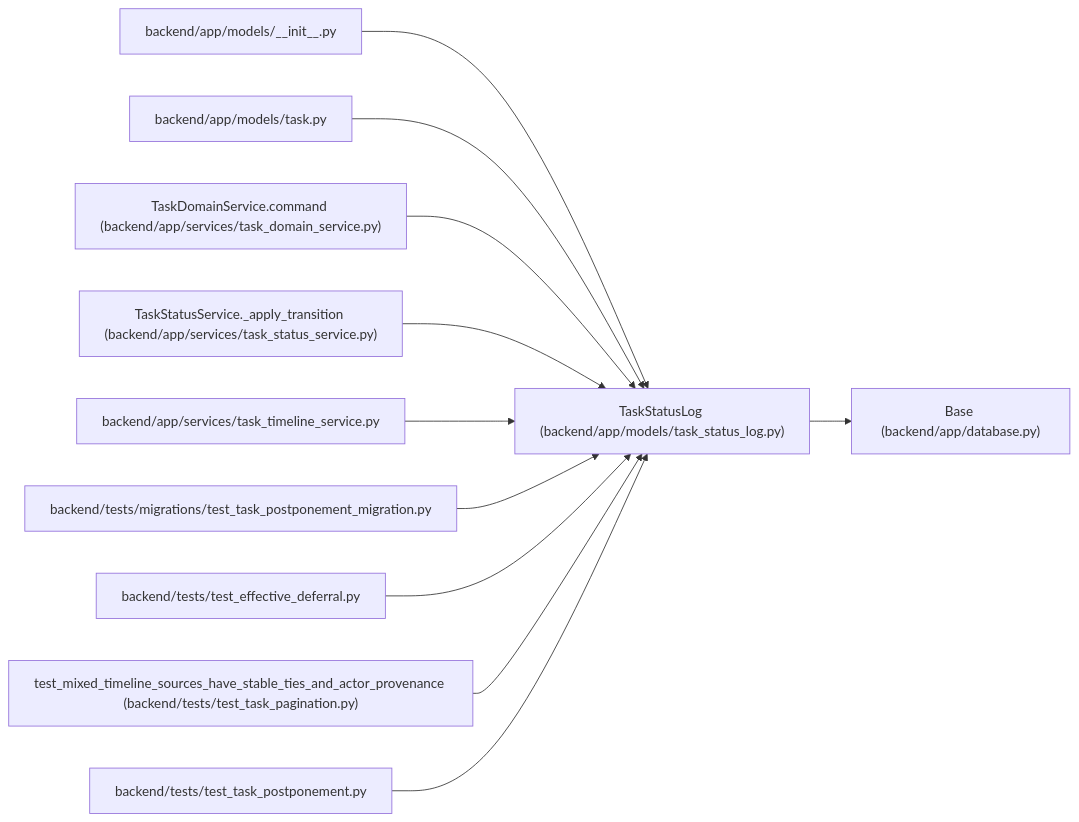
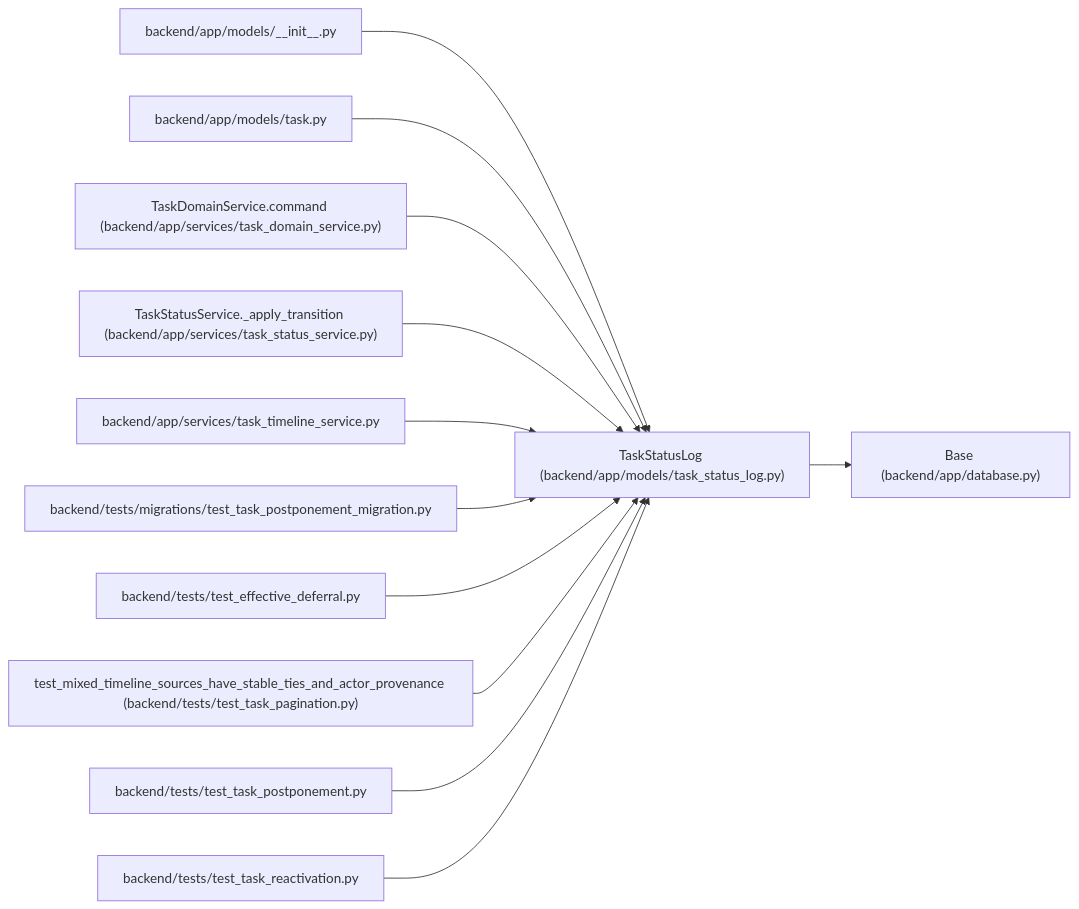
Before and after one commit to Denissvgn/WorkChord: the diagram in docs/llm_wiki/entities/task_status_log_TaskStatusLog.md, drawn with Mermaid. The commit also changed other lines of this file and 873 other files, not shown here.

Commit message:
Sync the architectural wiki for automatic reactivation of postponed tasks

````diff
--- a/docs/llm_wiki/entities/task_status_log_TaskStatusLog.md
+++ b/docs/llm_wiki/entities/task_status_log_TaskStatusLog.md
@@ -35,35 +35,38 @@
 ```mermaid
 flowchart LR
     n0["TaskStatusLog (backend/app/models/task_status_log.py)"]
     n1["Base (backend/app/database.py)"]
     n2["backend/app/models/__init__.py"]
     n3["backend/app/models/task.py"]
     n4["TaskDomainService.command (backend/app/services/task_domain_service.py)"]
     n5["TaskStatusService._apply_transition (backend/app/services/task_status_service.py)"]
     n6["backend/app/services/task_timeline_service.py"]
     n7["backend/tests/migrations/test_task_postponement_migration.py"]
     n8["backend/tests/test_effective_deferral.py"]
     n9["test_mixed_timeline_sources_have_stable_ties_and_actor_provenance (backend/tests/test_task_pagination.py)"]
     n10["backend/tests/test_task_postponement.py"]
+    n11["backend/tests/test_task_reactivation.py"]
     n0 --> n1
     n2 --> n0
     n3 --> n0
     n4 --> n0
     n5 --> n0
     n6 --> n0
     n7 --> n0
     n8 --> n0
     n9 --> n0
     n10 --> n0
+    n11 --> n0
     click n0 "../modules/task_status_log.md"
     click n1 "../modules/app_database.md"
     click n2 "../modules/models___init__.md"
     click n3 "../modules/models_task.md"
     click n4 "../modules/task_domain_service.md"
     click n5 "../modules/task_status_service.md"
     click n6 "../modules/task_timeline_service.md"
     click n7 "../modules/test_task_postponement_migration.md"
     click n8 "../modules/test_effective_deferral.md"
     click n9 "../modules/test_task_pagination.md"
     click n10 "../modules/test_task_postponement.md"
+    click n11 "../modules/test_task_reactivation.md"
 ```
````
